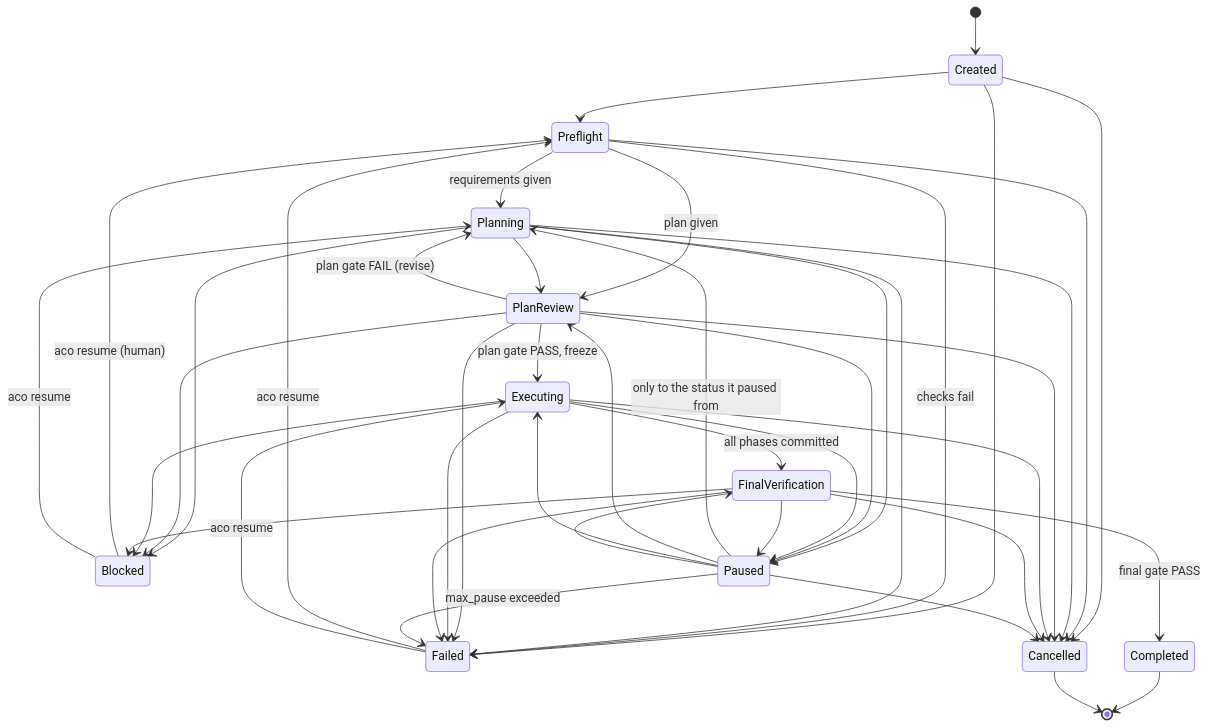
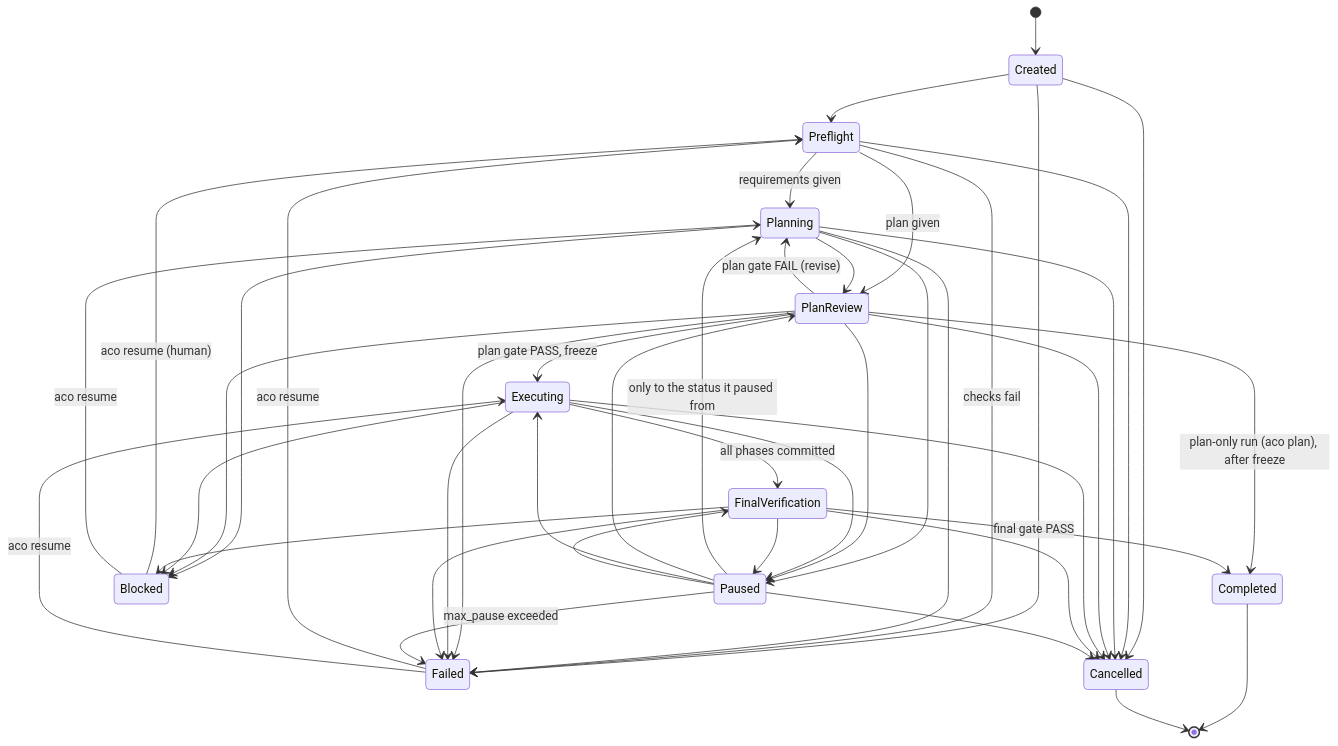
The first of 2 diagrams in orchestrator/docs/lifecycle.md (0xyu/ai-department), drawn with Mermaid before and after one commit. The commit also changed other lines of this file and 26 other files, not shown here.

````diff
--- a/orchestrator/docs/lifecycle.md
+++ b/orchestrator/docs/lifecycle.md
@@ -22,44 +22,45 @@
 ```mermaid
 stateDiagram-v2
     [*] --> Created
     Created --> Preflight
     Created --> Failed
     Created --> Cancelled
     Preflight --> Planning: requirements given
     Preflight --> PlanReview: plan given
     Preflight --> Failed: checks fail
     Preflight --> Cancelled
     Planning --> PlanReview
     PlanReview --> Planning: plan gate FAIL (revise)
     PlanReview --> Executing: plan gate PASS, freeze
+    PlanReview --> Completed: plan-only run (aco plan), after freeze
     Executing --> FinalVerification: all phases committed
     FinalVerification --> Completed: final gate PASS
     Planning --> Blocked
     PlanReview --> Blocked
     Executing --> Blocked
     FinalVerification --> Blocked
     Planning --> Paused
     PlanReview --> Paused
     Executing --> Paused
     FinalVerification --> Paused
     Paused --> Planning: only to the status it paused from
     Paused --> PlanReview
     Paused --> Executing
     Paused --> FinalVerification
     Planning --> Failed
     PlanReview --> Failed
     Executing --> Failed
     FinalVerification --> Failed
     Paused --> Failed: max_pause exceeded
     Planning --> Cancelled
     PlanReview --> Cancelled
     Executing --> Cancelled
     FinalVerification --> Cancelled
     Paused --> Cancelled
     Blocked --> Preflight: aco resume (human)
     Blocked --> Planning: aco resume
     Failed --> Preflight: aco resume
     Failed --> Executing: aco resume
     Completed --> [*]
     Cancelled --> [*]
 ```
````
